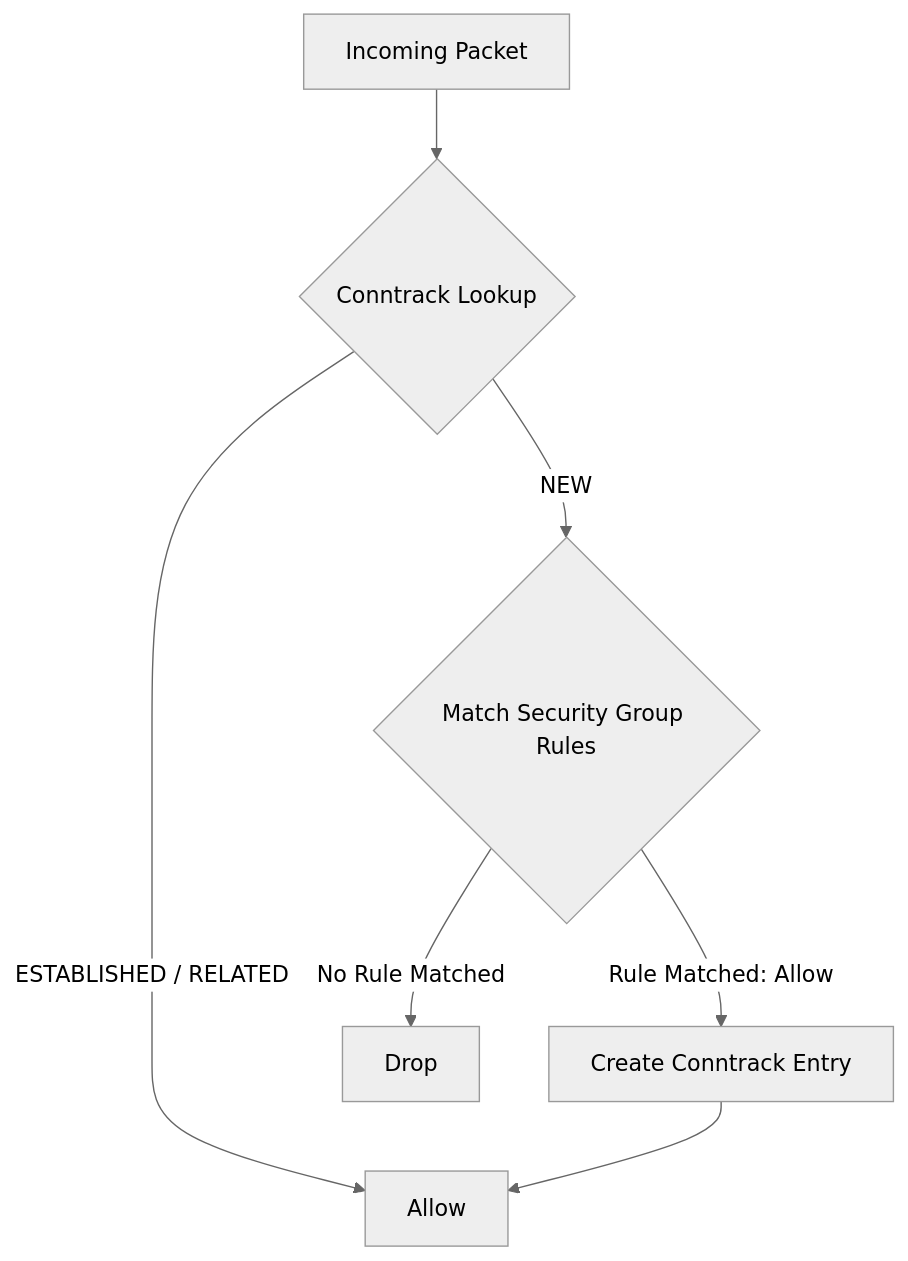
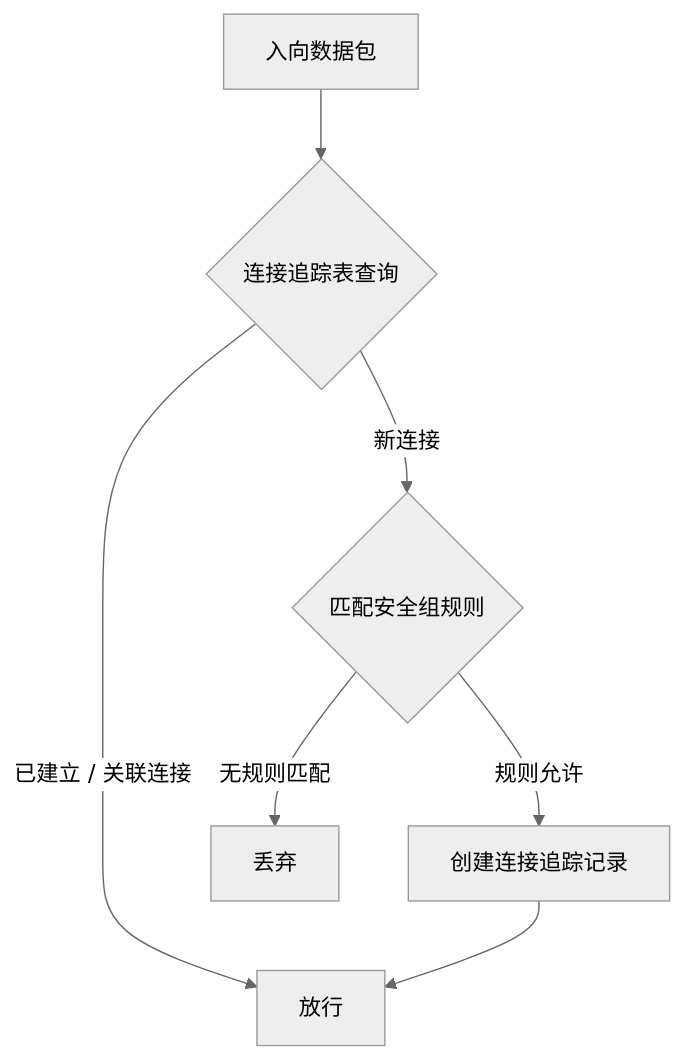
One commit to caozhiyi/network-book changed the first of 5 diagrams in docs/10.谁来守门安全组与网络ACL.md. Above: the diagram before and after it, drawn with Mermaid (neutral theme). The commit also changed other lines of this file and 77 other files, not shown here.

````diff
--- a/docs/10.谁来守门安全组与网络ACL.md
+++ b/docs/10.谁来守门安全组与网络ACL.md
@@ -55,8 +55,8 @@
 ```mermaid
 graph TB
-    PKT[Incoming Packet] --> CT{Conntrack Lookup}
-    CT -->|ESTABLISHED / RELATED| PASS[Allow]
-    CT -->|NEW| SG{Match Security Group Rules}
-    SG -->|Rule Matched: Allow| CREATE[Create Conntrack Entry] --> PASS
-    SG -->|No Rule Matched| DROP[Drop]
+    PKT[入向数据包] --> CT{连接追踪表查询}
+    CT -->|已建立 / 关联连接| PASS[放行]
+    CT -->|新连接| SG{匹配安全组规则}
+    SG -->|规则允许| CREATE[创建连接追踪记录] --> PASS
+    SG -->|无规则匹配| DROP[丢弃]
 ```
````
